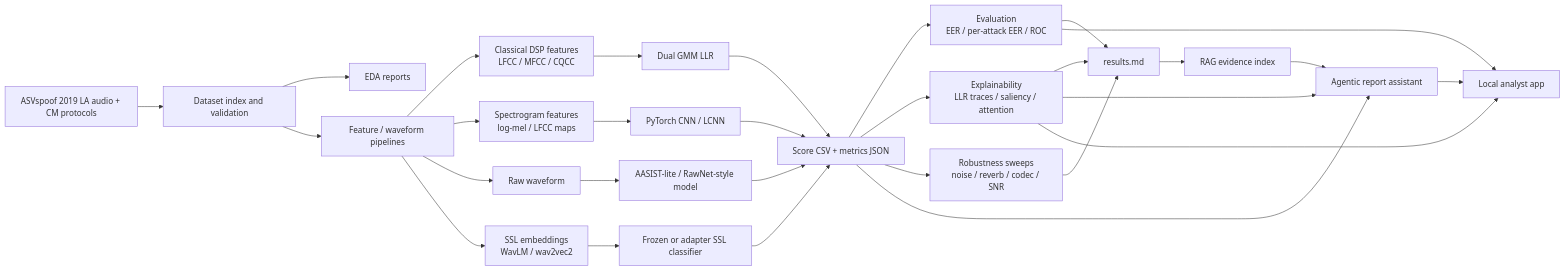
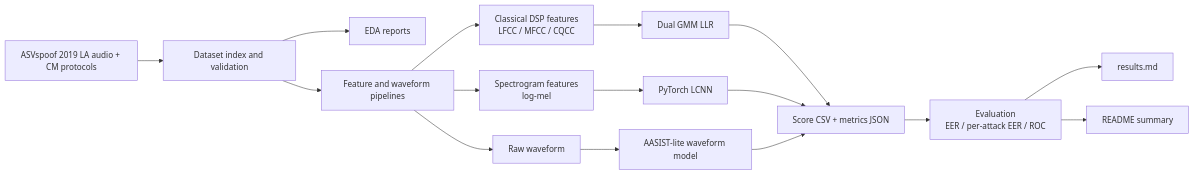
The first of 2 diagrams in plan.md (KrisDcosta/antispoof), drawn with Mermaid before and after one commit. The commit also changed other lines of this file and 2 other files, not shown here.

````diff
--- a/plan.md
+++ b/plan.md
@@ -100,38 +75,22 @@
 ```mermaid
 flowchart LR
   A["ASVspoof 2019 LA audio + CM protocols"] --> B["Dataset index and validation"]
   B --> C["EDA reports"]
-  B --> D["Feature / waveform pipelines"]
+  B --> D["Feature and waveform pipelines"]
 
   D --> E1["Classical DSP features<br/>LFCC / MFCC / CQCC"]
-  D --> E2["Spectrogram features<br/>log-mel / LFCC maps"]
+  D --> E2["Spectrogram features<br/>log-mel"]
   D --> E3["Raw waveform"]
-  D --> E4["SSL embeddings<br/>WavLM / wav2vec2"]
 
   E1 --> F1["Dual GMM LLR"]
-  E2 --> F2["PyTorch CNN / LCNN"]
-  E3 --> F3["AASIST-lite / RawNet-style model"]
-  E4 --> F4["Frozen or adapter SSL classifier"]
+  E2 --> F2["PyTorch LCNN"]
+  E3 --> F3["AASIST-lite waveform model"]
 
   F1 --> G["Score CSV + metrics JSON"]
   F2 --> G
   F3 --> G
-  F4 --> G
 
   G --> H["Evaluation<br/>EER / per-attack EER / ROC"]
-  G --> I["Explainability<br/>LLR traces / saliency / attention"]
-  G --> J["Robustness sweeps<br/>noise / reverb / codec / SNR"]
-
-  H --> K["results.md"]
-  I --> K
-  J --> K
-
-  K --> L["RAG evidence index"]
-  L --> M["Agentic report assistant"]
-  G --> M
-  I --> M
-
-  M --> N["Local analyst app"]
-  H --> N
-  I --> N
+  H --> I["results.md"]
+  H --> J["README summary"]
 ```
````
